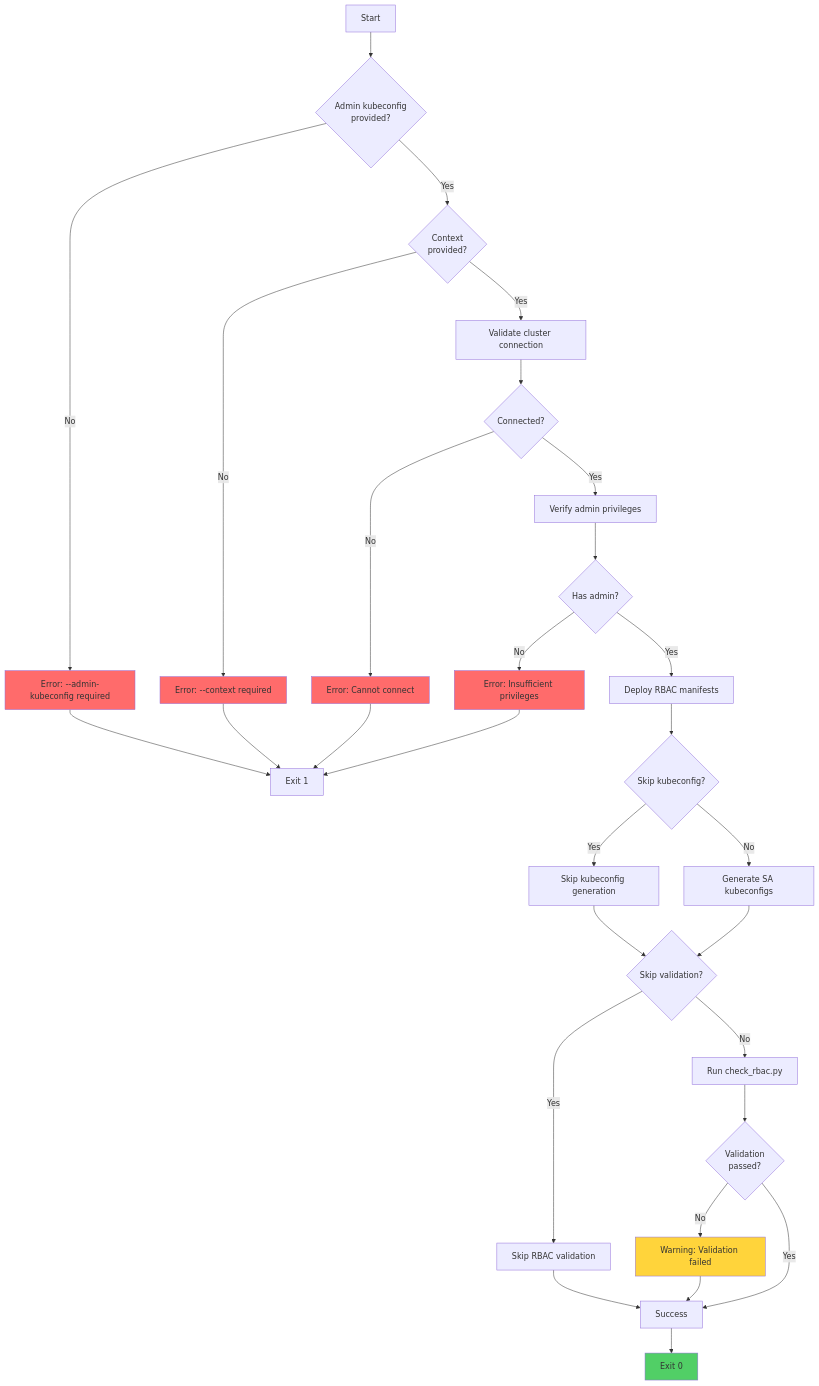
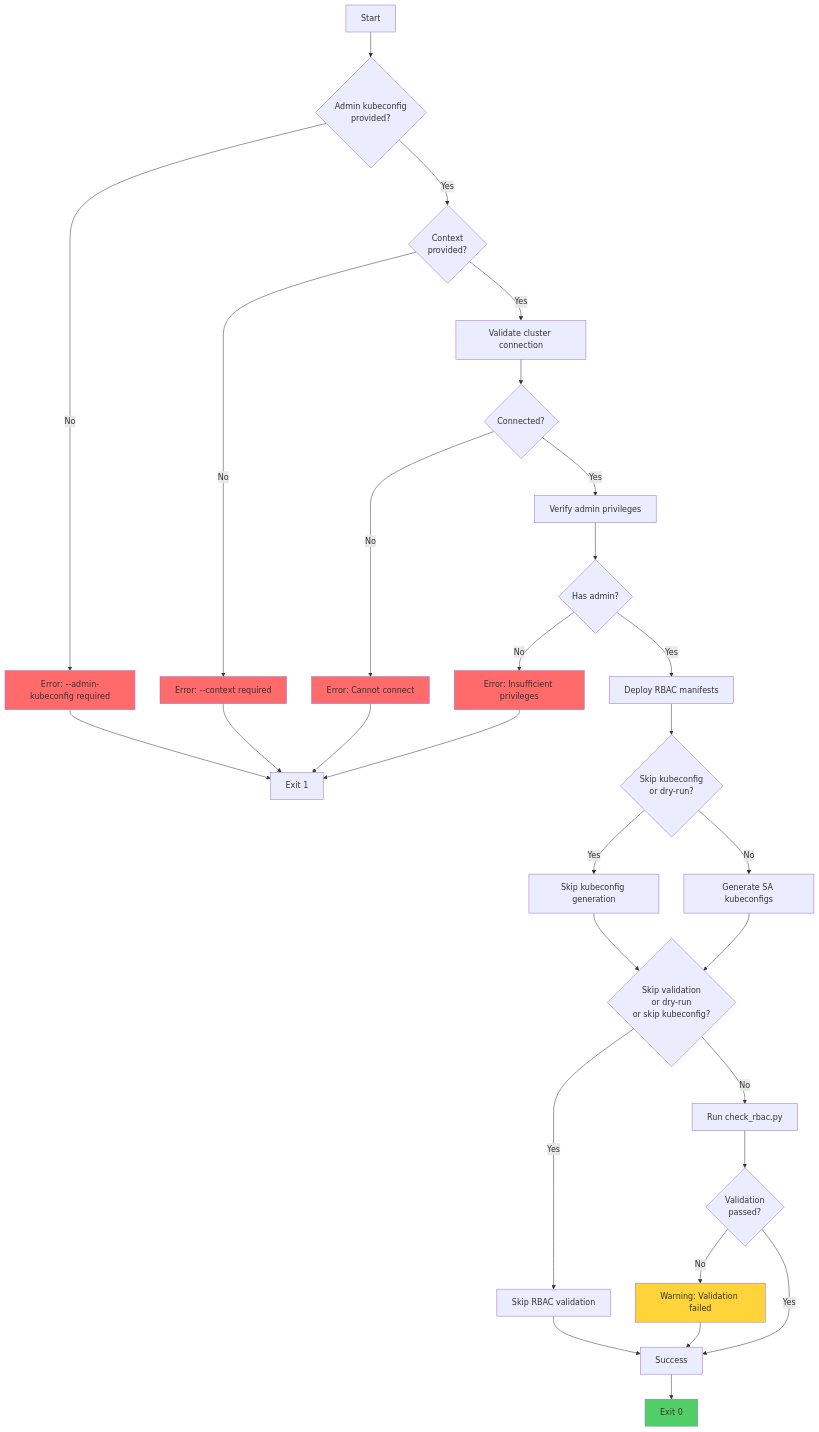
The fifth of 6 diagrams in scripts/README.md (tomazb/rh-acm-switchover), drawn with Mermaid before and after one commit. The commit also changed other lines of this file and 1 other file, not shown here.

First line of the commit message:
fix(docs): correct Mermaid diagrams to match actual code behavior

````diff
--- a/scripts/README.md
+++ b/scripts/README.md
@@ -846,38 +849,38 @@
 ```mermaid
 graph TD
     A[Start] --> B{Admin kubeconfig<br/>provided?}
     B -->|No| C[Error: --admin-kubeconfig required]
     C --> D[Exit 1]
     B -->|Yes| E{Context<br/>provided?}
     E -->|No| F[Error: --context required]
     F --> D
     E -->|Yes| G[Validate cluster connection]
     G --> H{Connected?}
     H -->|No| I[Error: Cannot connect]
     I --> D
     H -->|Yes| J[Verify admin privileges]
     J --> K{Has admin?}
     K -->|No| L[Error: Insufficient privileges]
     L --> D
     K -->|Yes| M[Deploy RBAC manifests]
-    M --> N{Skip kubeconfig?}
+    M --> N{Skip kubeconfig<br/>or dry-run?}
     N -->|Yes| O[Skip kubeconfig generation]
     N -->|No| P[Generate SA kubeconfigs]
-    P --> Q{Skip validation?}
+    P --> Q{Skip validation<br/>or dry-run<br/>or skip kubeconfig?}
     O --> Q
     Q -->|Yes| R[Skip RBAC validation]
     Q -->|No| S[Run check_rbac.py]
     S --> T{Validation<br/>passed?}
     T -->|No| U[Warning: Validation failed]
     T -->|Yes| V[Success]
     R --> V
     U --> V
     V --> W[Exit 0]
     
     style C fill:#ff6b6b
     style F fill:#ff6b6b
     style I fill:#ff6b6b
     style L fill:#ff6b6b
     style U fill:#ffd43b
     style W fill:#51cf66
 ```
````
